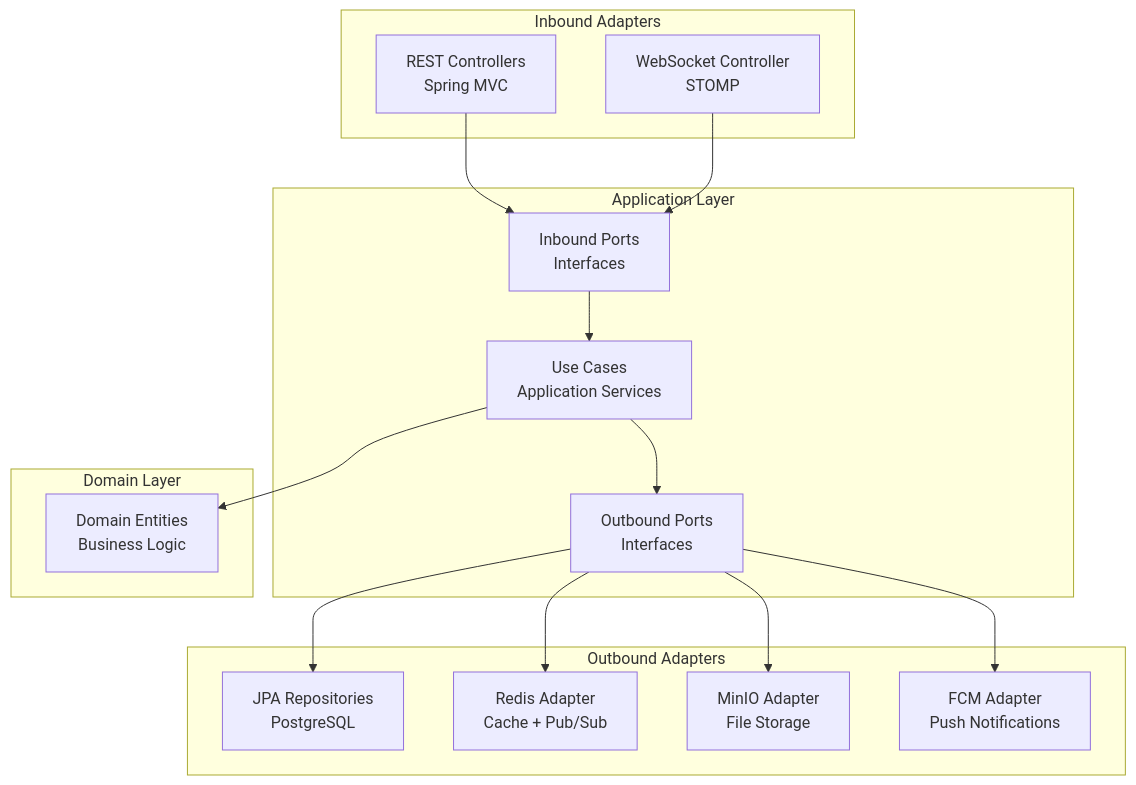
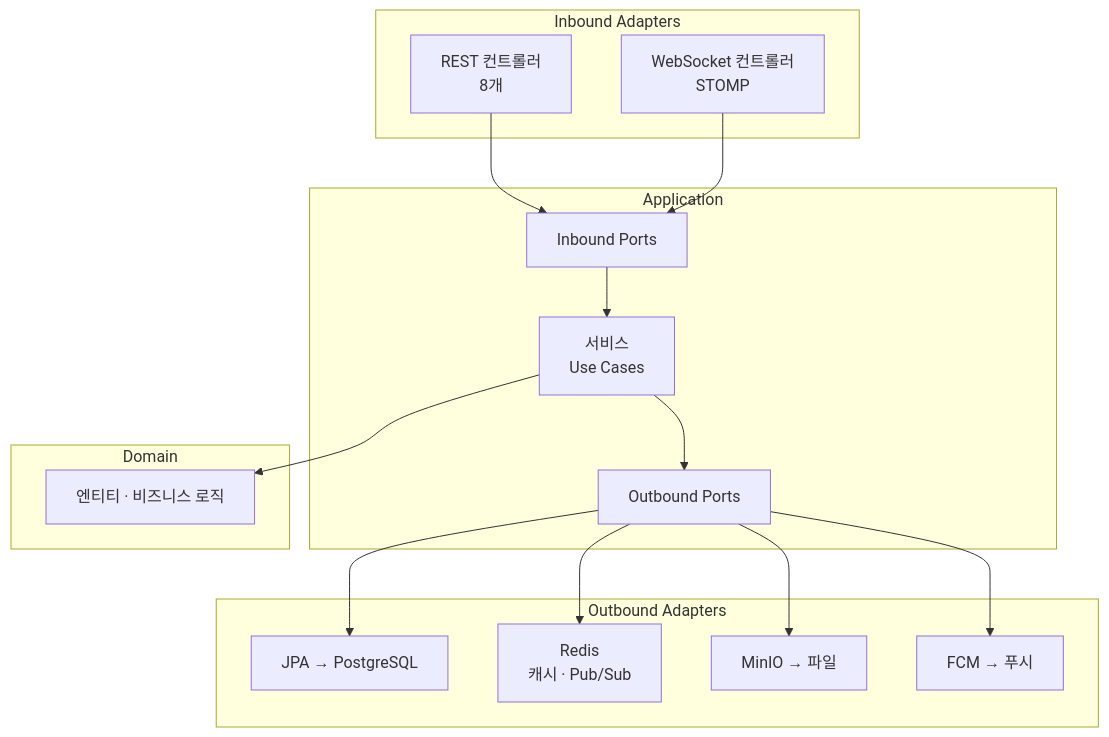
One commit to with-co-talk/co-talk-docs changed the first of 2 diagrams in architecture/backend.md. Above: the diagram before and after it, drawn with Mermaid. The commit also changed other lines of this file and 4 other files, not shown here.

````diff
--- a/architecture/backend.md
+++ b/architecture/backend.md
@@ -45,34 +33,34 @@
 ```mermaid
 graph TD
     subgraph "Inbound Adapters"
-        REST[REST Controllers<br/>Spring MVC]
-        WS[WebSocket Controller<br/>STOMP]
+        REST[REST 컨트롤러<br/>8개]
+        WS[WebSocket 컨트롤러<br/>STOMP]
     end
 
-    subgraph "Application Layer"
-        UC[Use Cases<br/>Application Services]
-        PORT_IN[Inbound Ports<br/>Interfaces]
-        PORT_OUT[Outbound Ports<br/>Interfaces]
+    subgraph "Application"
+        PORT_IN[Inbound Ports]
+        UC[서비스<br/>Use Cases]
+        PORT_OUT[Outbound Ports]
     end
 
-    subgraph "Domain Layer"
-        ENT[Domain Entities<br/>Business Logic]
+    subgraph "Domain"
+        ENT[엔티티 · 비즈니스 로직]
     end
 
     subgraph "Outbound Adapters"
-        JPA[JPA Repositories<br/>PostgreSQL]
-        REDIS[Redis Adapter<br/>Cache + Pub/Sub]
-        S3[MinIO Adapter<br/>File Storage]
-        FCM[FCM Adapter<br/>Push Notifications]
+        JPA[JPA → PostgreSQL]
+        REDIS[Redis<br/>캐시 · Pub/Sub]
+        S3[MinIO → 파일]
+        FCM[FCM → 푸시]
     end
 
     REST --> PORT_IN
     WS --> PORT_IN
     PORT_IN --> UC
     UC --> ENT
     UC --> PORT_OUT
     PORT_OUT --> JPA
     PORT_OUT --> REDIS
     PORT_OUT --> S3
     PORT_OUT --> FCM
 ```
````
